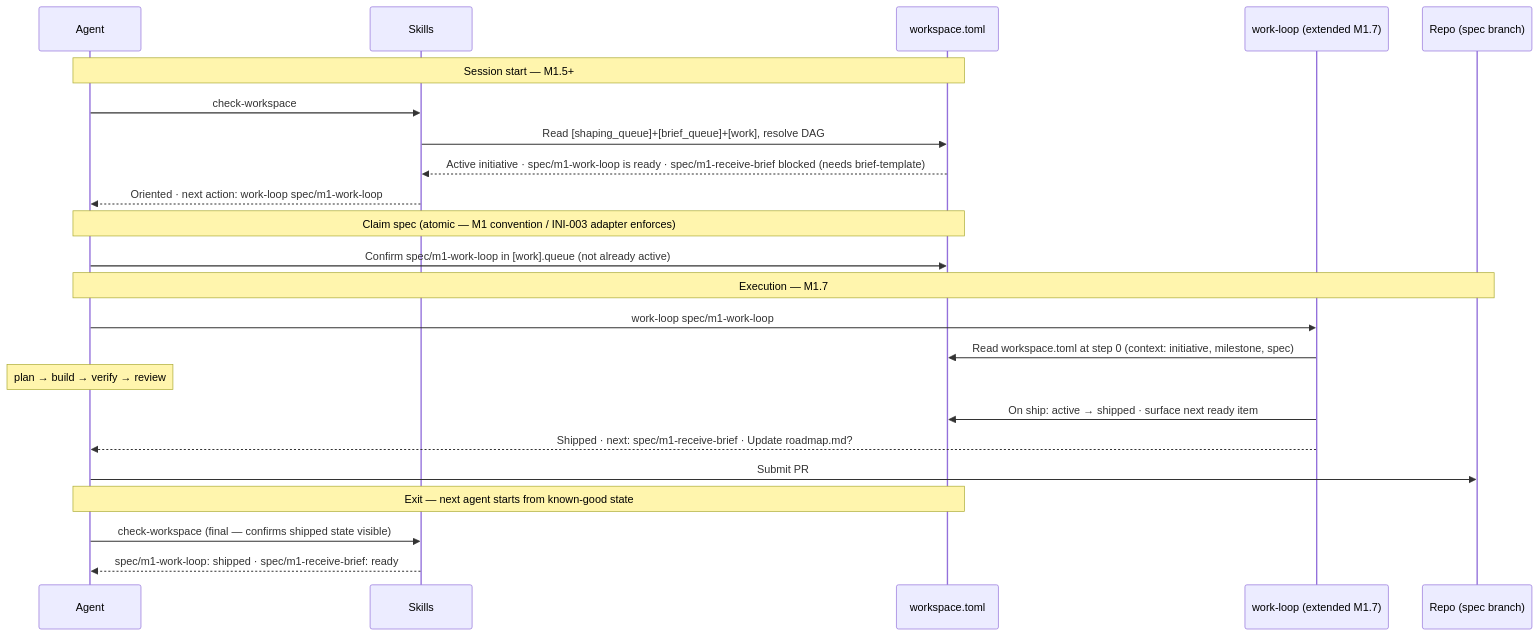
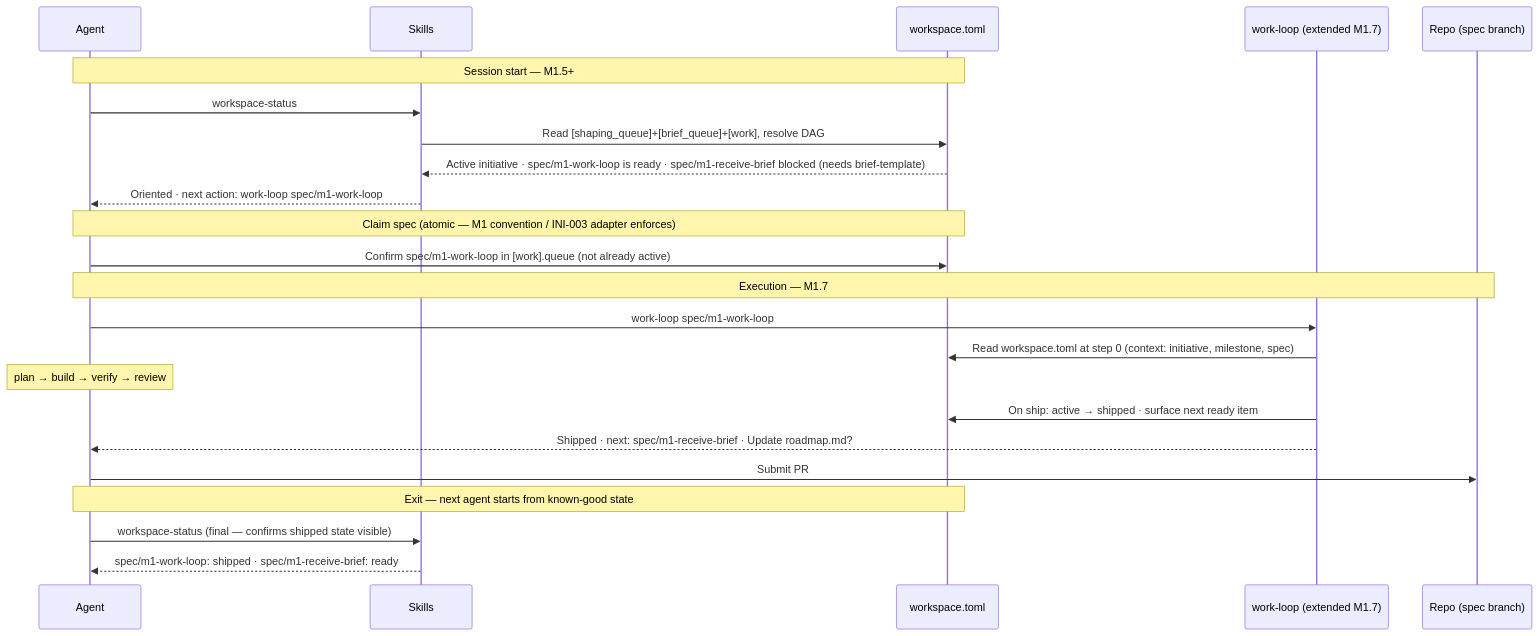
Before and after one commit to eugenelim/agent-ready-repo: the diagram in docs/product/journeys/agent-executes-spec.md, drawn with Mermaid. The commit also changed other lines of this file and 40 other files, not shown here.

First line of the commit message:
feat(core): rename check-workspace → workspace-status (RFC-0067 Change A) (#565)

````diff
--- a/docs/product/journeys/agent-executes-spec.md
+++ b/docs/product/journeys/agent-executes-spec.md
@@ -53,29 +53,29 @@
 ```mermaid
 sequenceDiagram
     participant A as Agent
     participant SK as Skills
     participant WS as workspace.toml
     participant WL as work-loop (extended M1.7)
     participant R as Repo (spec branch)
 
     Note over A,WS: Session start — M1.5+
-    A->>SK: check-workspace
+    A->>SK: workspace-status
     SK->>WS: Read [shaping_queue]+[brief_queue]+[work], resolve DAG
     WS-->>SK: Active initiative · spec/m1-work-loop is ready · spec/m1-receive-brief blocked (needs brief-template)
     SK-->>A: Oriented · next action: work-loop spec/m1-work-loop
 
     Note over A,WS: Claim spec (atomic — M1 convention / INI-003 adapter enforces)
     A->>WS: Confirm spec/m1-work-loop in [work].queue (not already active)
 
     Note over A,R: Execution — M1.7
     A->>WL: work-loop spec/m1-work-loop
     WL->>WS: Read workspace.toml at step 0 (context: initiative, milestone, spec)
     Note over A: plan → build → verify → review
     WL->>WS: On ship: active → shipped · surface next ready item
     WL-->>A: Shipped · next: spec/m1-receive-brief · Update roadmap.md?
     A->>R: Submit PR
 
     Note over A,WS: Exit — next agent starts from known-good state
-    A->>SK: check-workspace (final — confirms shipped state visible)
+    A->>SK: workspace-status (final — confirms shipped state visible)
     SK-->>A: spec/m1-work-loop: shipped · spec/m1-receive-brief: ready
 ```
````
